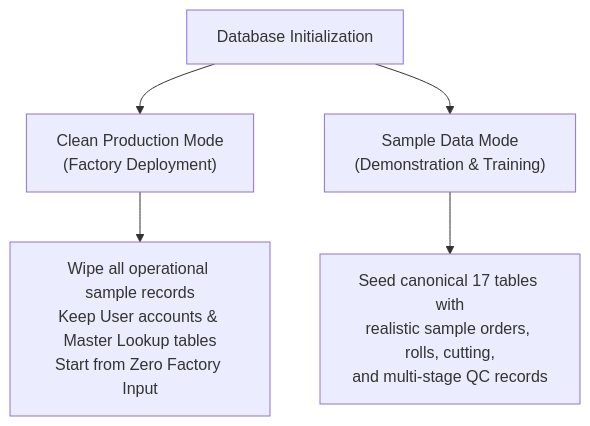
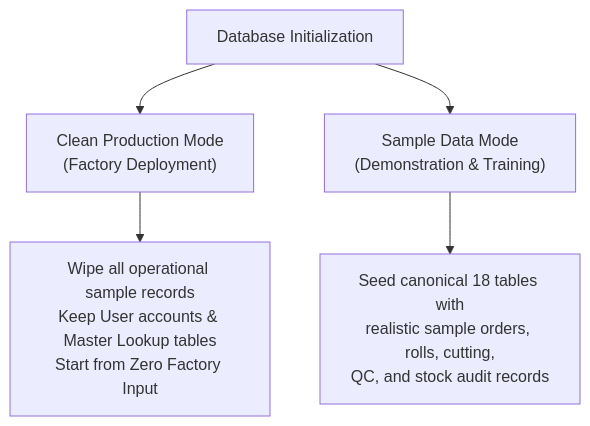
One commit to LuisFebry/Bong-Garment-Thesis changed the fourth of 4 diagrams in README.md. Above: the diagram before and after it, drawn with Mermaid. The commit also changed other lines of this file and 16 other files, not shown here.

````diff
--- a/README.md
+++ b/README.md
@@ -286,8 +305,8 @@
 ```mermaid
 flowchart TD
     Init["Database Initialization"] --> ModeA["Clean Production Mode<br/>(Factory Deployment)"]
     Init --> ModeB["Sample Data Mode<br/>(Demonstration & Training)"]
 
     ModeA --> CleanDB["Wipe all operational sample records<br/>Keep User accounts & Master Lookup tables<br/>Start from Zero Factory Input"]
-    ModeB --> SeedDB["Seed canonical 17 tables with<br/>realistic sample orders, rolls, cutting,<br/>and multi-stage QC records"]
+    ModeB --> SeedDB["Seed canonical 18 tables with<br/>realistic sample orders, rolls, cutting,<br/>QC, and stock audit records"]
 ```
````
